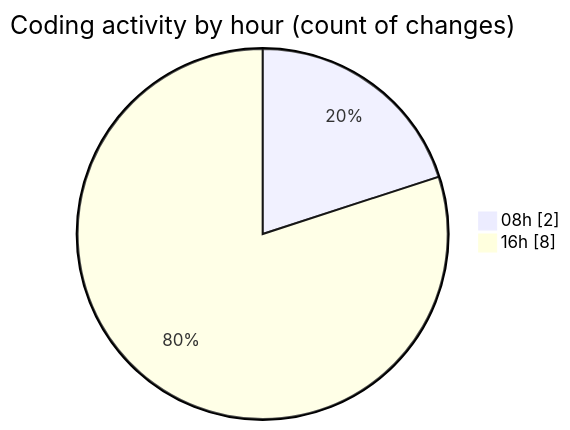
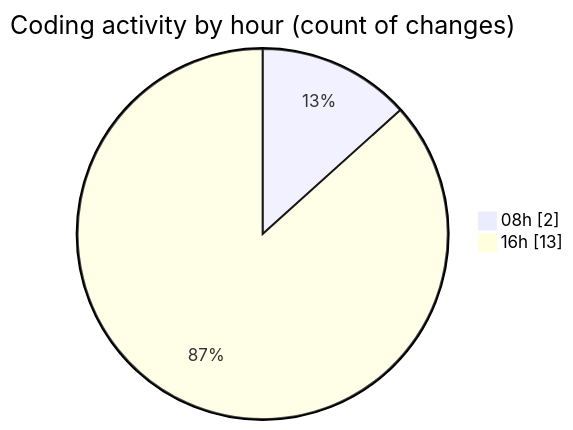
Before and after one commit to robertbonfada/code-tracking: the second of 2 diagrams in 2025-03-14/lumine-web/README.md, drawn with Mermaid. The commit also changed other lines of this file and 1 other file, not shown here.

````diff
--- a/2025-03-14/lumine-web/README.md
+++ b/2025-03-14/lumine-web/README.md
@@ -31,6 +32,6 @@
 ```mermaid
 pie showData
 title Coding activity by hour (count of changes)
 "08h" : 2
-"16h" : 8
+"16h" : 13
 ```
````
